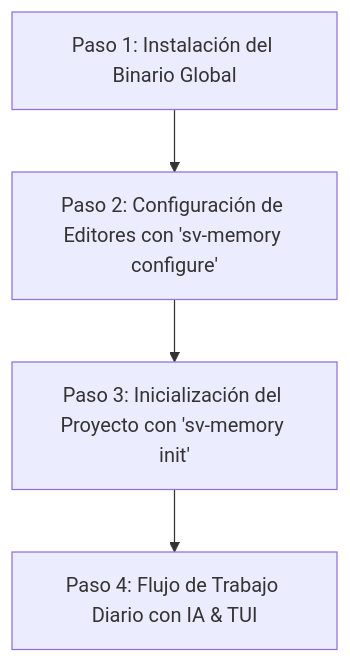
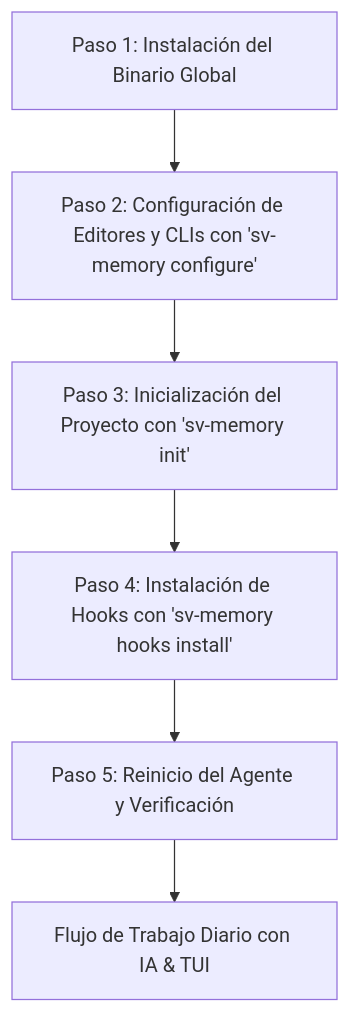
The diagram in documentation/getting_started_guide.md (svtech-code/sv-memory), drawn with Mermaid before and after one commit. The commit also changed other lines of this file and 2 other files, not shown here.

Commit message:
docs(guide): document full 5-step setup flow for agent enablement

````diff
--- a/documentation/getting_started_guide.md
+++ b/documentation/getting_started_guide.md
@@ -22,6 +22,8 @@
 ```mermaid
 flowchart TD
-    P1[Paso 1: Instalación del Binario Global] --> P2[Paso 2: Configuración de Editores con 'sv-memory configure']
+    P1[Paso 1: Instalación del Binario Global] --> P2[Paso 2: Configuración de Editores y CLIs con 'sv-memory configure']
     P2 --> P3[Paso 3: Inicialización del Proyecto con 'sv-memory init']
-    P3 --> P4[Paso 4: Flujo de Trabajo Diario con IA & TUI]
+    P3 --> P4[Paso 4: Instalación de Hooks con 'sv-memory hooks install']
+    P4 --> P5[Paso 5: Reinicio del Agente y Verificación]
+    P5 --> D[Flujo de Trabajo Diario con IA & TUI]
 ```
````
